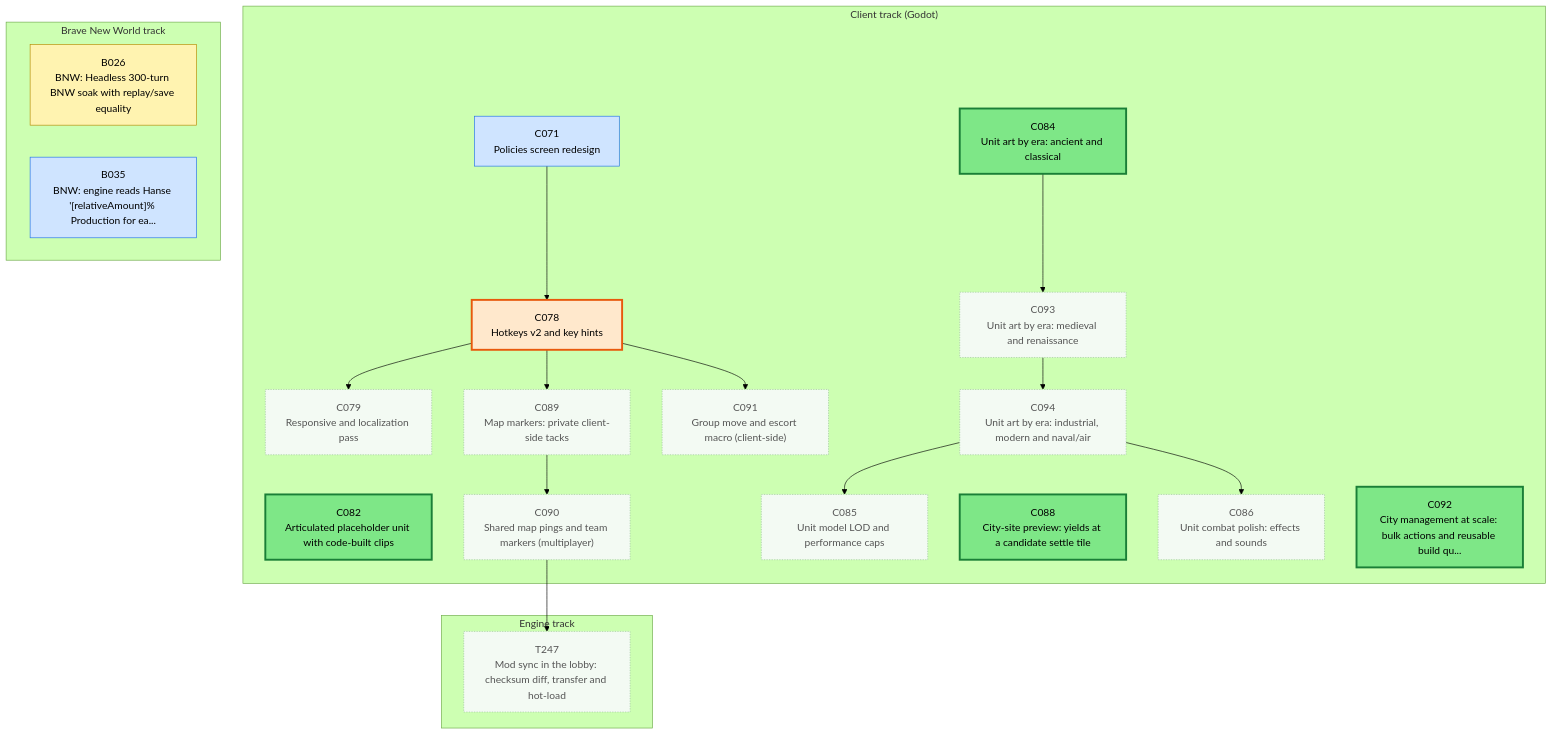
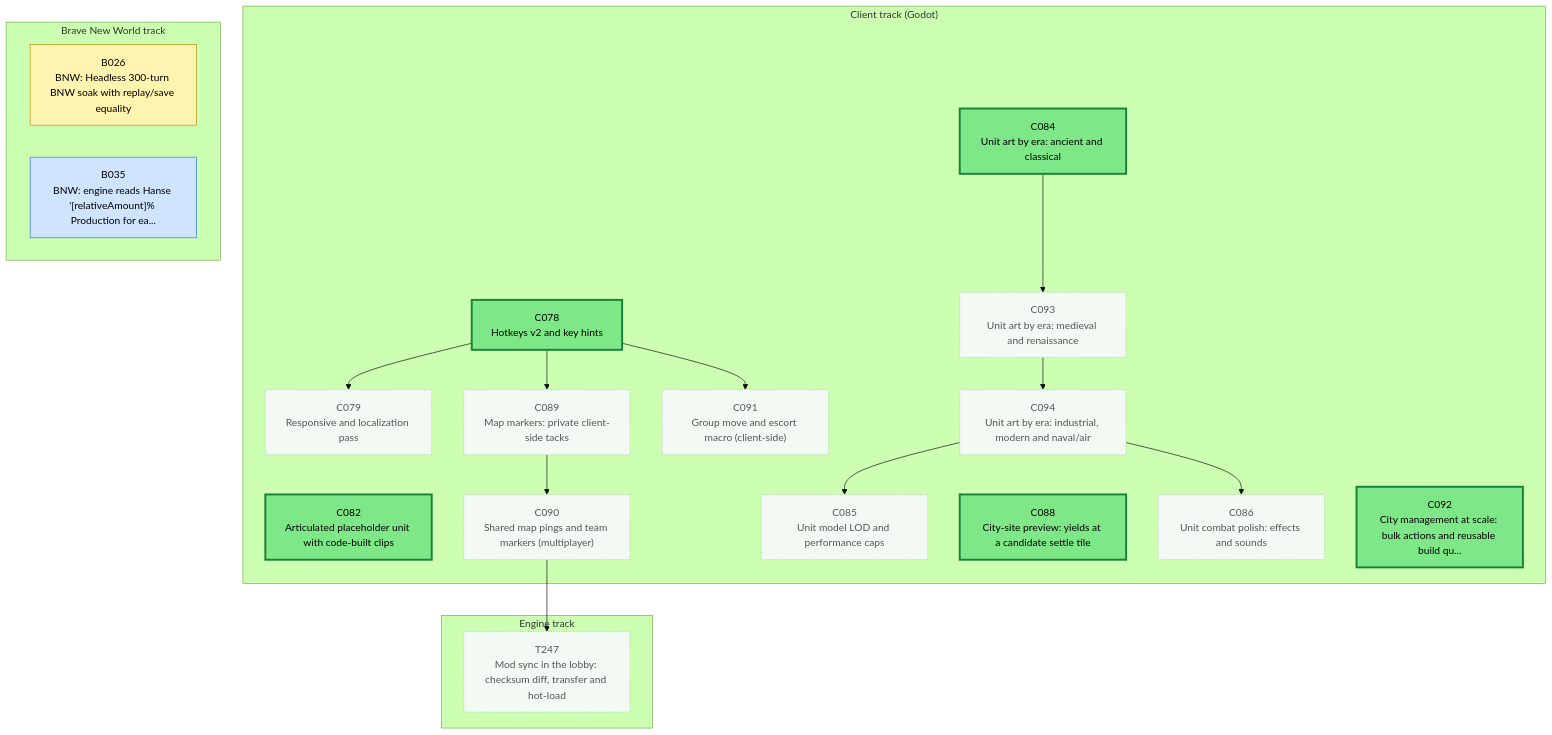
Before and after one commit to Kenmura/Unciv: the first of 3 diagrams in csharp/migration/DEPENDENCY_MAP.md, drawn with Mermaid (forest theme). The commit also changed other lines of this file and 1 other file, not shown here.

Commit message:
migration: review C071 pass [Adversarial Review]

````diff
--- a/csharp/migration/DEPENDENCY_MAP.md
+++ b/csharp/migration/DEPENDENCY_MAP.md
@@ -25,60 +25,57 @@
 ```mermaid
 flowchart TD
   subgraph TTRACK["Engine track"]
     T247["T247<br/>Mod sync in the lobby: checksum diff, transfer and hot-load"]
   end
   subgraph CTRACK["Client track (Godot)"]
-    C071["C071<br/>Policies screen redesign"]
     C078["C078<br/>Hotkeys v2 and key hints"]
     C079["C079<br/>Responsive and localization pass"]
     C082["C082<br/>Articulated placeholder unit with code-built clips"]
     C084["C084<br/>Unit art by era: ancient and classical"]
     C085["C085<br/>Unit model LOD and performance caps"]
     C086["C086<br/>Unit combat polish: effects and sounds"]
     C088["C088<br/>City-site preview: yields at a candidate settle tile"]
     C089["C089<br/>Map markers: private client-side tacks"]
     C090["C090<br/>Shared map pings and team markers (multiplayer)"]
     C091["C091<br/>Group move and escort macro (client-side)"]
     C092["C092<br/>City management at scale: bulk actions and reusable build qu..."]
     C093["C093<br/>Unit art by era: medieval and renaissance"]
     C094["C094<br/>Unit art by era: industrial, modern and naval/air"]
   end
   subgraph BTRACK["Brave New World track"]
     B026["B026<br/>BNW: Headless 300-turn BNW soak with replay/save equality"]
     B035["B035<br/>BNW: engine reads Hanse '[relativeAmount]% Production for ea..."]
   end
   C090 --> T247
-  C071 --> C078
   C078 --> C079
   C094 --> C085
   C094 --> C086
   C078 --> C089
   C089 --> C090
   C078 --> C091
   C084 --> C093
   C093 --> C094
   classDef waiting fill:#f3faf3,stroke:#9bc49b,color:#555,stroke-dasharray:2 2
   classDef ondeck fill:#ffe8cc,stroke:#e8590c,stroke-width:3px,color:#000
   classDef ready fill:#7ee787,stroke:#1a7f37,stroke-width:3px,color:#000
   classDef prog fill:#fff3b0,stroke:#b58900,color:#000
   classDef review fill:#cfe4ff,stroke:#1f6feb,color:#000
   classDef blocked fill:#ffd6d6,stroke:#c62828,color:#000
   classDef done fill:#eeeeee,stroke:#999999,color:#666,stroke-dasharray:4 3
   class B026 prog
   class B035 review
-  class C071 review
-  class C078 ondeck
+  class C078 ready
   class C079 waiting
   class C082 ready
   class C084 ready
   class C085 waiting
   class C086 waiting
   class C088 ready
   class C089 waiting
   class C090 waiting
   class C091 waiting
   class C092 ready
   class C093 waiting
   class C094 waiting
   class T247 waiting
 ```
````
